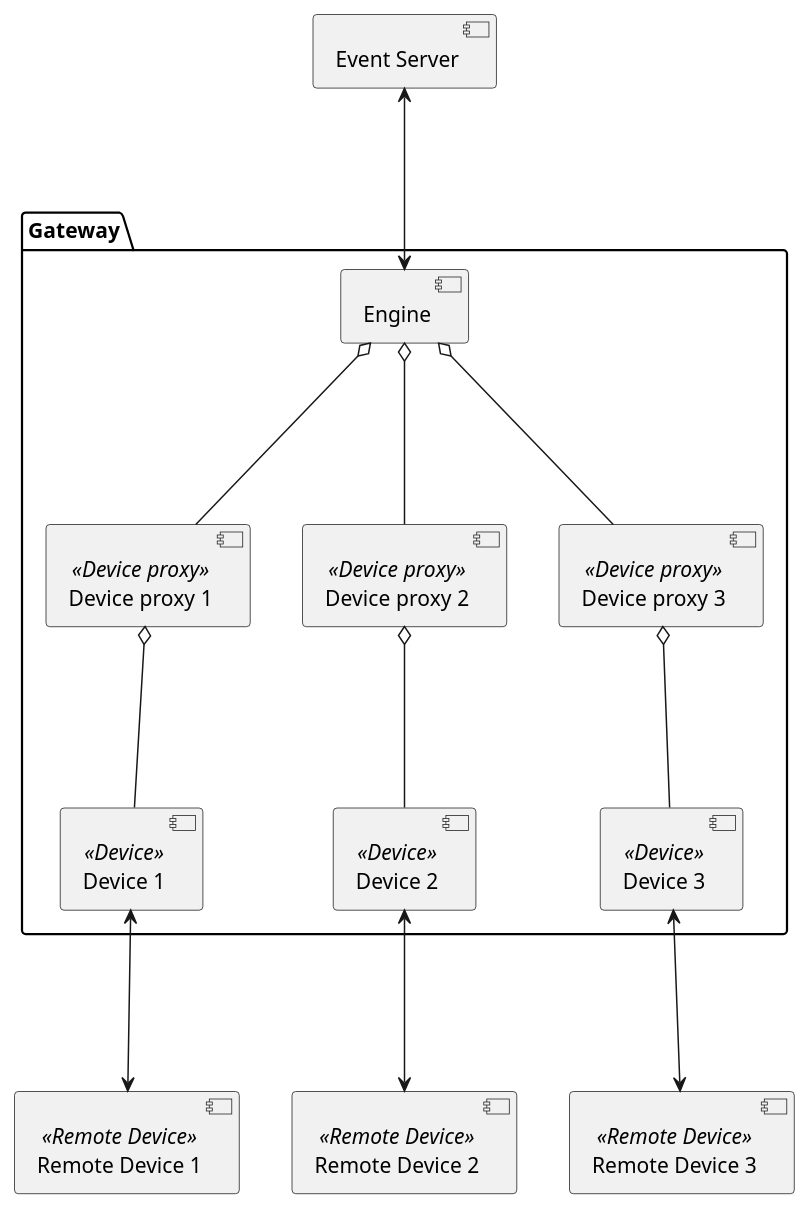
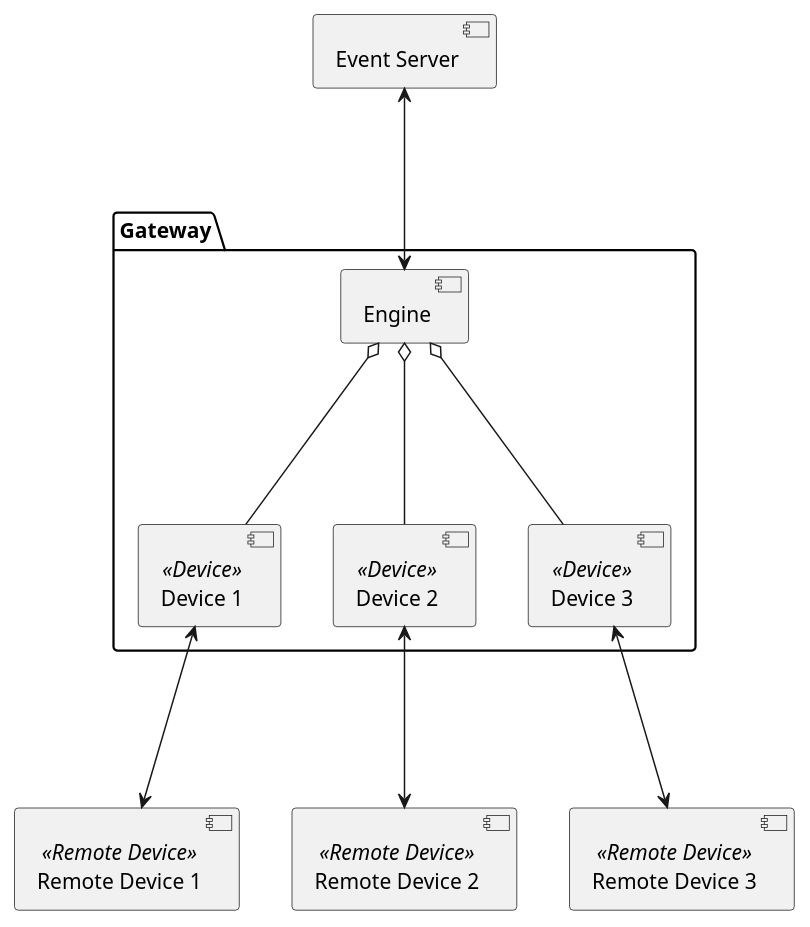
One commit to hat-open/hat-gateway changed the diagram in docs/gateway.rst. Above: the diagram before and after it, drawn with PlantUML. The commit also changed other lines of this file and 3 other files, not shown here.

```diff
--- a/docs/gateway.rst
+++ b/docs/gateway.rst
@@ -31,31 +31,24 @@
 .. uml::
 
     component "Event Server" as EventServer
 
     folder "Gateway" {
         component Engine
-        component "Device proxy 1" <<Device proxy>> as DeviceProxy1
-        component "Device proxy 2" <<Device proxy>> as DeviceProxy2
-        component "Device proxy 3" <<Device proxy>> as DeviceProxy3
         component "Device 1" <<Device>> as Device1
         component "Device 2" <<Device>> as Device2
         component "Device 3" <<Device>> as Device3
     }
 
     component "Remote Device 1" <<Remote Device>> as RemoteDevice1
     component "Remote Device 2" <<Remote Device>> as RemoteDevice2
     component "Remote Device 3" <<Remote Device>> as RemoteDevice3
 
     EventServer <---> Engine
 
-    Engine o--- DeviceProxy1
-    Engine o--- DeviceProxy2
-    Engine o--- DeviceProxy3
-
-    DeviceProxy1 o--- Device1
-    DeviceProxy2 o--- Device2
-    DeviceProxy3 o--- Device3
+    Engine o--- Device1
+    Engine o--- Device2
+    Engine o--- Device3
 
     Device1 <---> RemoteDevice1
     Device2 <---> RemoteDevice2
     Device3 <---> RemoteDevice3
```
